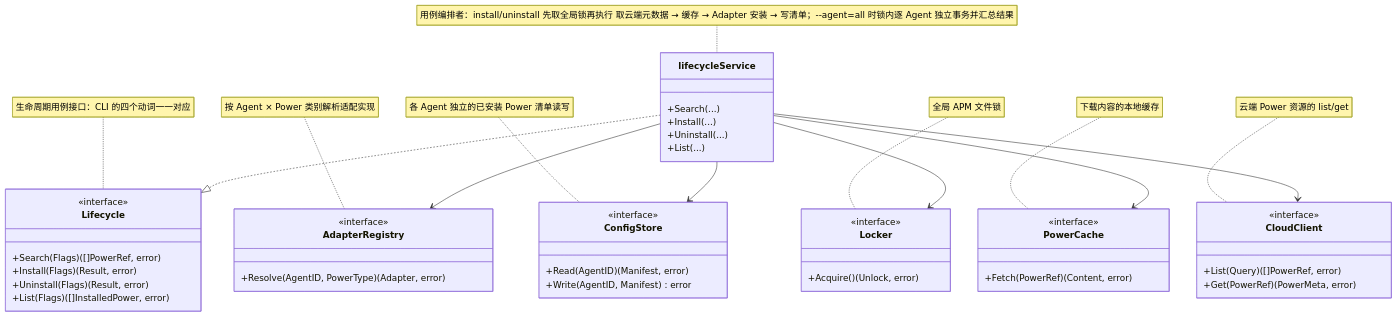
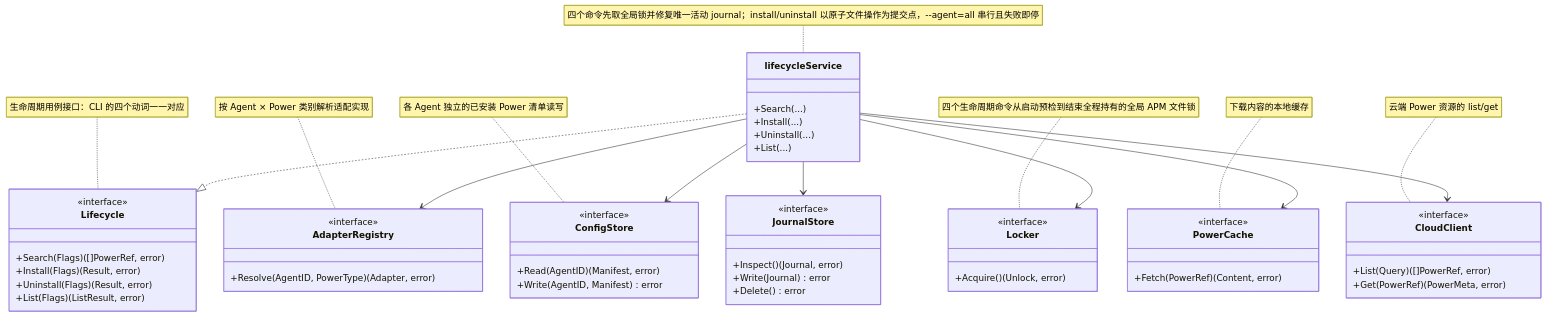
The diagram in ivory-tower/c4/components/apm-cli-diagrams/core-lifecycle.mmd (spacemit-com/agent-power-manager), drawn with Mermaid before and after one commit. The commit also changed 2 other files, not shown here.

Commit message:
docs(c4): align CLI class diagrams with lifecycle

```diff
--- a/ivory-tower/c4/components/apm-cli-diagrams/core-lifecycle.mmd
+++ b/ivory-tower/c4/components/apm-cli-diagrams/core-lifecycle.mmd
@@ -1,56 +1,64 @@
 classDiagram
     note for Lifecycle "生命周期用例接口：CLI 的四个动词一一对应"
     class Lifecycle {
         <<interface>>
         +Search(Flags) ([]PowerRef, error)
         +Install(Flags) (Result, error)
         +Uninstall(Flags) (Result, error)
-        +List(Flags) ([]InstalledPower, error)
+        +List(Flags) (ListResult, error)
     }
 
-    note for lifecycleService "用例编排者：install/uninstall 先取全局锁再执行 取云端元数据 → 缓存 → Adapter 安装 → 写清单；--agent=all 时锁内逐 Agent 独立事务并汇总结果"
+    note for lifecycleService "四个命令先取全局锁并修复唯一活动 journal；install/uninstall 以原子文件操作为提交点，--agent=all 串行且失败即停"
     class lifecycleService {
         +Search(...)
         +Install(...)
         +Uninstall(...)
         +List(...)
     }
 
     note for AdapterRegistry "按 Agent × Power 类别解析适配实现"
     class AdapterRegistry {
         <<interface>>
         +Resolve(AgentID, PowerType) (Adapter, error)
     }
 
     note for ConfigStore "各 Agent 独立的已安装 Power 清单读写"
     class ConfigStore {
         <<interface>>
         +Read(AgentID) (Manifest, error)
         +Write(AgentID, Manifest) error
     }
 
-    note for Locker "全局 APM 文件锁"
+    class JournalStore {
+        <<interface>>
+        +Inspect() (Journal, error)
+        +Write(Journal) error
+        +Delete() error
+    }
+
+    note for Locker "四个生命周期命令从启动预检到结束全程持有的全局 APM 文件锁"
     class Locker {
         <<interface>>
         +Acquire() (Unlock, error)
     }
 
     note for PowerCache "下载内容的本地缓存"
     class PowerCache {
         <<interface>>
         +Fetch(PowerRef) (Content, error)
     }
 
     note for CloudClient "云端 Power 资源的 list/get"
     class CloudClient {
         <<interface>>
         +List(Query) ([]PowerRef, error)
         +Get(PowerRef) (PowerMeta, error)
     }
 
     lifecycleService ..|> Lifecycle
     lifecycleService --> AdapterRegistry
     lifecycleService --> ConfigStore
+    lifecycleService --> JournalStore
     lifecycleService --> Locker
     lifecycleService --> PowerCache
     lifecycleService --> CloudClient
```
